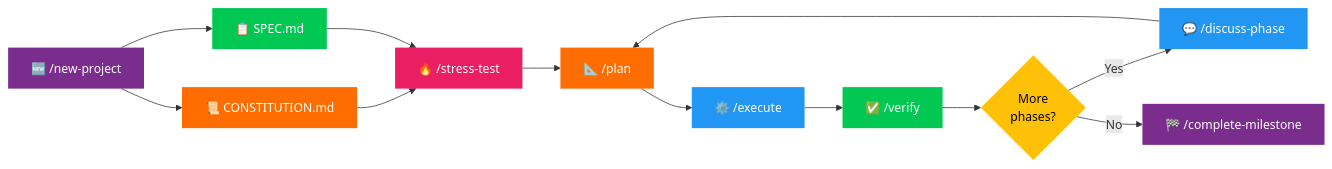
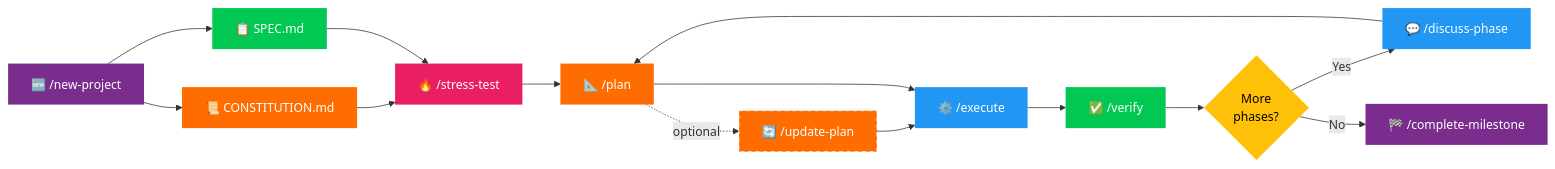
One commit to ppm98dev/Coding-Workflow changed the first of 2 diagrams in README.md. Above: the diagram before and after it, drawn with Mermaid. The commit also changed other lines of this file, not shown here.

Commit message:
feat(phase-2): add /update-plan to README

````diff
--- a/README.md
+++ b/README.md
@@ -117,25 +117,28 @@
 ```mermaid
 graph LR
     A["🆕 /new-project"] --> B["📜 CONSTITUTION.md"]
     A --> C["📋 SPEC.md"]
     B --> D["🔥 /stress-test"]
     C --> D
     D --> E["📐 /plan"]
-    E --> F["⚙️ /execute"]
+    E -. optional .-> E2["🔄 /update-plan"]
+    E2 --> F["⚙️ /execute"]
+    E --> F
     F --> G["✅ /verify"]
     G --> H{"More\nphases?"}
     H -- Yes --> I["💬 /discuss-phase"]
     I --> E
     H -- No --> J["🏁 /complete-milestone"]
 
     style A fill:#7B2D8E,color:#fff,stroke:none
     style B fill:#FF6D00,color:#fff,stroke:none
     style C fill:#00C853,color:#fff,stroke:none
     style D fill:#E91E63,color:#fff,stroke:none
     style E fill:#FF6D00,color:#fff,stroke:none
+    style E2 fill:#FF6D00,color:#fff,stroke:#fff,stroke-dasharray:5 5
     style F fill:#2196F3,color:#fff,stroke:none
     style G fill:#00C853,color:#fff,stroke:none
     style H fill:#FFC107,color:#000,stroke:none
     style I fill:#2196F3,color:#fff,stroke:none
     style J fill:#7B2D8E,color:#fff,stroke:none
 ```
````
